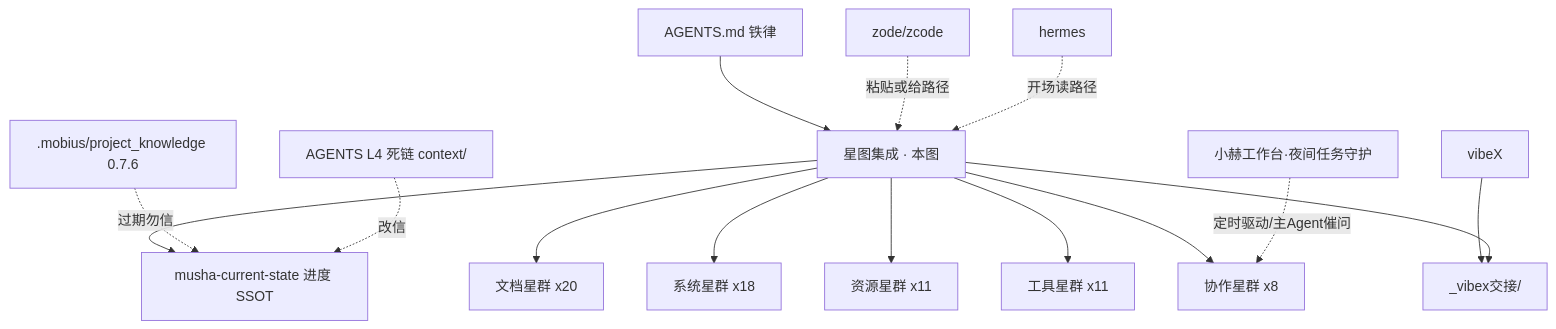
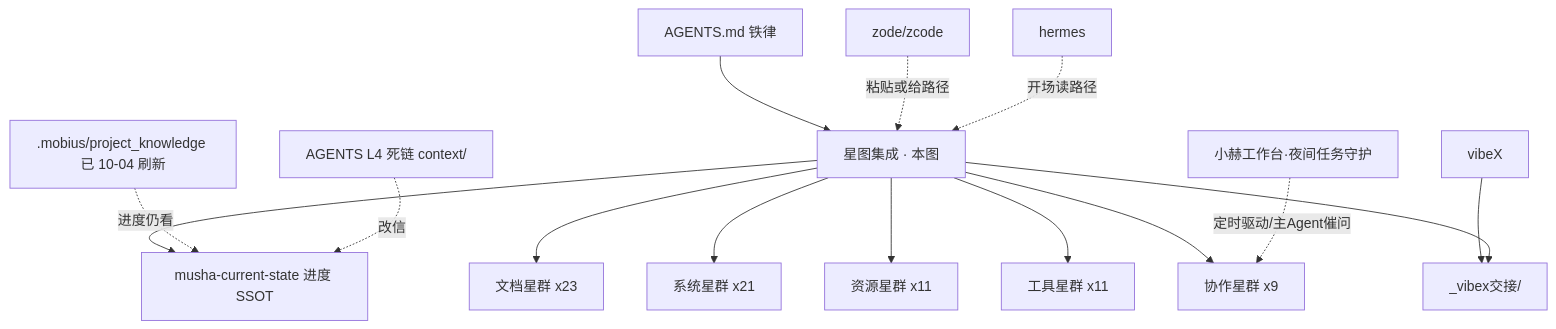
The diagram in 星图集成.md (ZeroCiel/musha-remastered-edition), drawn with Mermaid before and after one commit. The commit also changed other lines of this file and 7 other files, not shown here.

First line of the commit message:
文档批：0.7.13 发布信息（README/modinfo）+ 10-04 文档校正（AGENTS/.mobius/面板设计稿）+ 星图集成/爱丽丝计划

````diff
--- a/星图集成.md
+++ b/星图集成.md
@@ -104,17 +108,17 @@
 ```mermaid
 graph TD
   AGENTS[AGENTS.md 铁律] --> MAP[星图集成 · 本图]
   MAP --> STATE[musha-current-state 进度 SSOT]
-  MAP --> DOCS[文档星群 x20]
-  MAP --> SYS[系统星群 x18]
+  MAP --> DOCS[文档星群 x23]
+  MAP --> SYS[系统星群 x21]
   MAP --> RES[资源星群 x11]
   MAP --> TOOL[工具星群 x11]
-  MAP --> COL[协作星群 x8]
+  MAP --> COL[协作星群 x9]
   WK[小赫工作台·夜间任务守护] -.定时驱动/主Agent催问.-> COL
-  STALE[.mobius/project_knowledge 0.7.6] -.过期勿信.-> STATE
+  PK[.mobius/project_knowledge 已 10-04 刷新] -.进度仍看.-> STATE
   DEAD[AGENTS L4 死链 context/] -.改信.-> STATE
   ZCODE[zode/zcode] -.粘贴或给路径.-> MAP
   HERMES[hermes] -.开场读路径.-> MAP
   VIBEX[vibeX] --> HANDOFF[_vibex交接/]
   MAP --> HANDOFF
 ```
````
